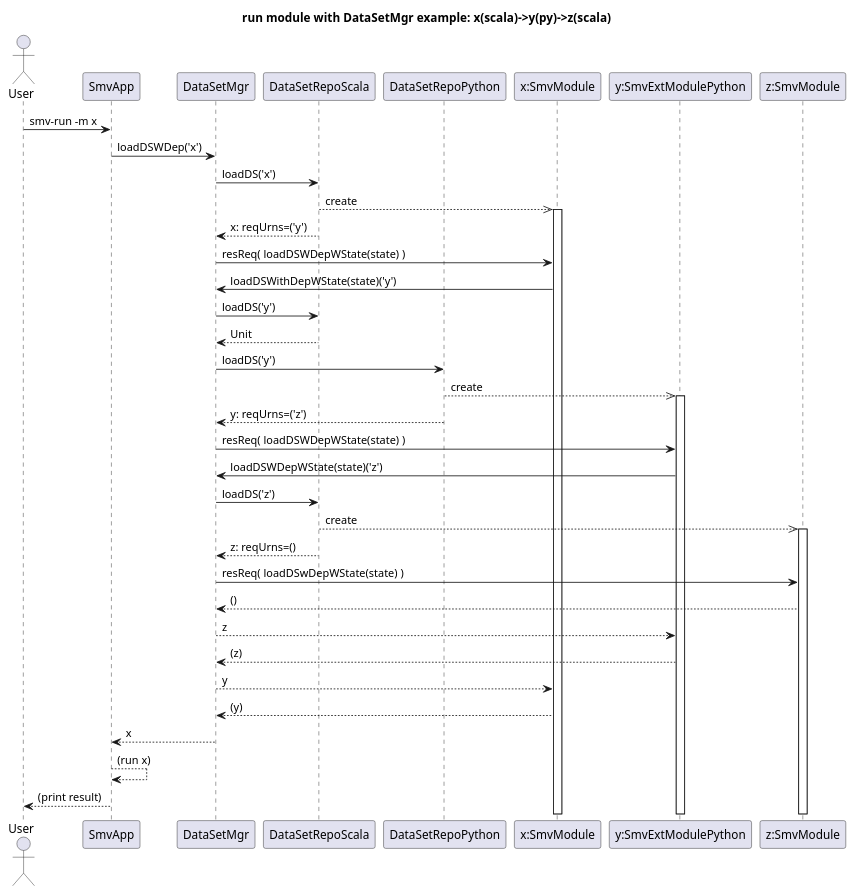
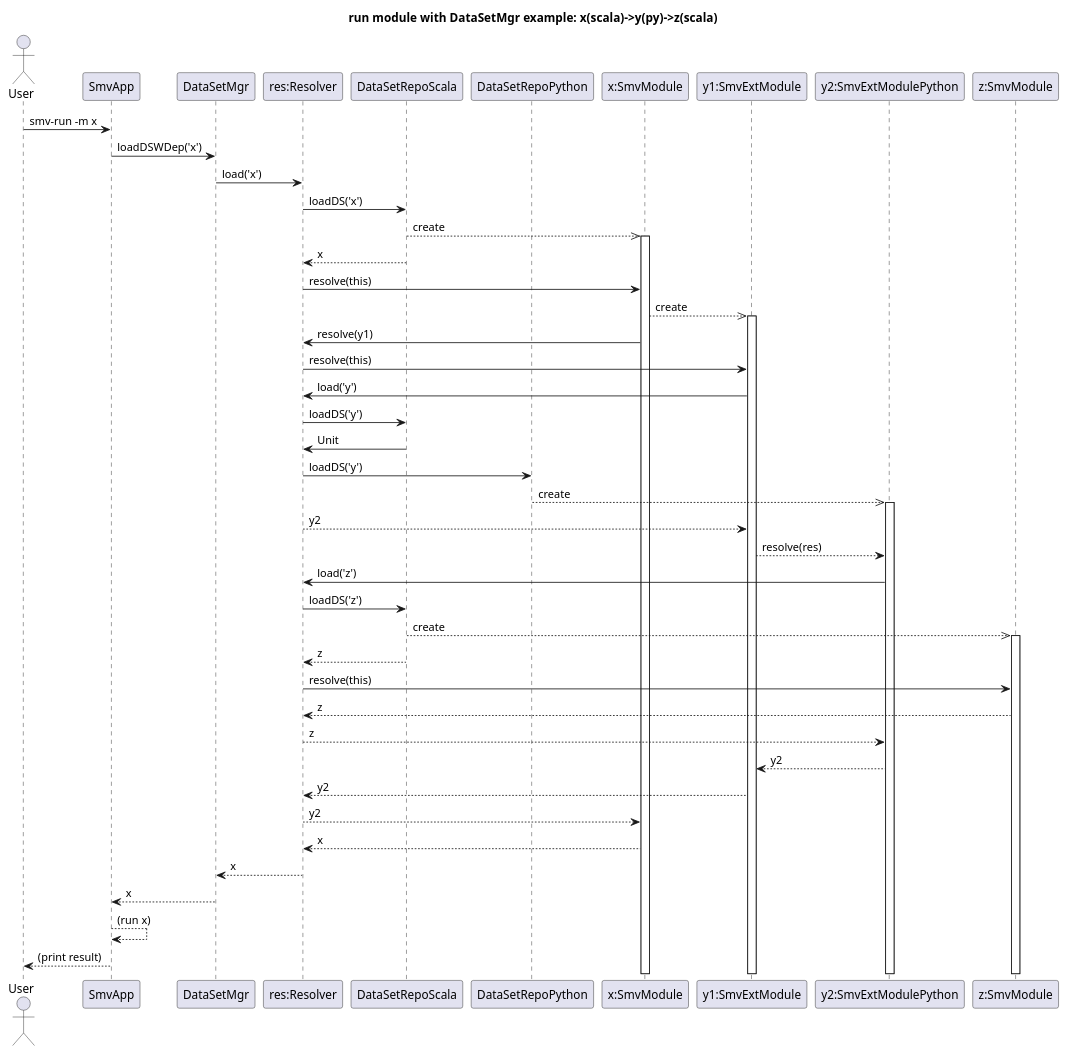
The diagram in docs/design/DataSetMgr/DataSetMgr_seq.puml (TresAmigosSD/SMV), drawn with PlantUML before and after one commit.

Commit message:
update DataSetMgr sequence diagram with Resolver

```diff
--- a/docs/design/DataSetMgr/DataSetMgr_seq.puml
+++ b/docs/design/DataSetMgr/DataSetMgr_seq.puml
@@ -1,43 +1,52 @@
 @startuml
 title run module with DataSetMgr example: x(scala)->y(py)->z(scala)
 
 Actor User
 Participant SmvApp as app
 Participant DataSetMgr as dsm
+Participant "res:Resolver" as res
 Participant DataSetRepoScala as dsrs
 Participant DataSetRepoPython as dsrp
 Participant "x:SmvModule" as x
-Participant "y:SmvExtModulePython" as y
+Participant "y1:SmvExtModule" as y1
+Participant "y2:SmvExtModulePython" as y2
 Participant "z:SmvModule" as z
 
 User -> app: smv-run -m x
 app -> dsm: loadDSWDep('x')
-dsm -> dsrs: loadDS('x')
+dsm -> res: load('x')
+res -> dsrs: loadDS('x')
 dsrs -->> x: create
 activate x
-dsrs --> dsm: x: reqUrns=('y')
-dsm -> x: resReq( loadDSWDepWState(state) )
-x -> dsm: loadDSWithDepWState(state)('y')
-dsm -> dsrs: loadDS('y')
-dsrs --> dsm: Unit
-dsm -> dsrp: loadDS('y')
-dsrp -->> y: create
-activate y
-dsrp --> dsm: y: reqUrns=('z')
-dsm -> y: resReq( loadDSWDepWState(state) )
-y -> dsm: loadDSWDepWState(state)('z')
-dsm -> dsrs: loadDS('z')
+dsrs --> res: x
+res -> x: resolve(this)
+x -->> y1: create
+activate y1
+x -> res: resolve(y1)
+res -> y1: resolve(this)
+y1 -> res: load('y')
+res -> dsrs: loadDS('y')
+dsrs -> res: Unit
+res -> dsrp: loadDS('y')
+dsrp -->> y2: create
+activate y2
+res --> y1: y2
+y1 --> y2: resolve(res)
+y2 -> res: load('z')
+res -> dsrs: loadDS('z')
 dsrs -->> z: create
 activate z
-dsrs --> dsm: z: reqUrns=()
-dsm -> z: resReq( loadDSwDepWState(state) )
-z --> dsm: ()
-dsm --> y: z
-y --> dsm: (z)
-dsm --> x: y
-x --> dsm: (y)
+dsrs --> res: z
+res -> z: resolve(this)
+z --> res: z
+res --> y2: z
+y2 --> y1: y2
+y1 --> res: y2
+res --> x: y2
+x --> res: x
+res --> dsm: x
 dsm --> app: x
 app --> app: (run x)
 app --> User: (print result)
 
 @enduml
```
